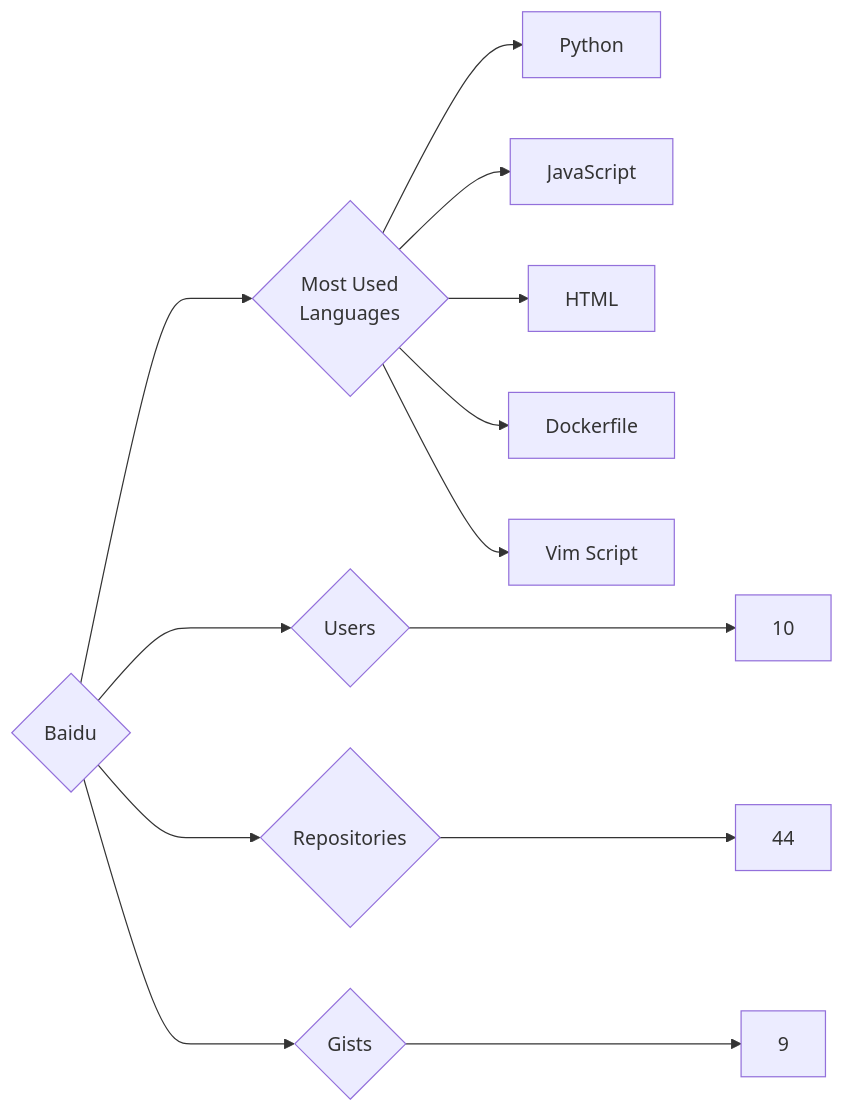
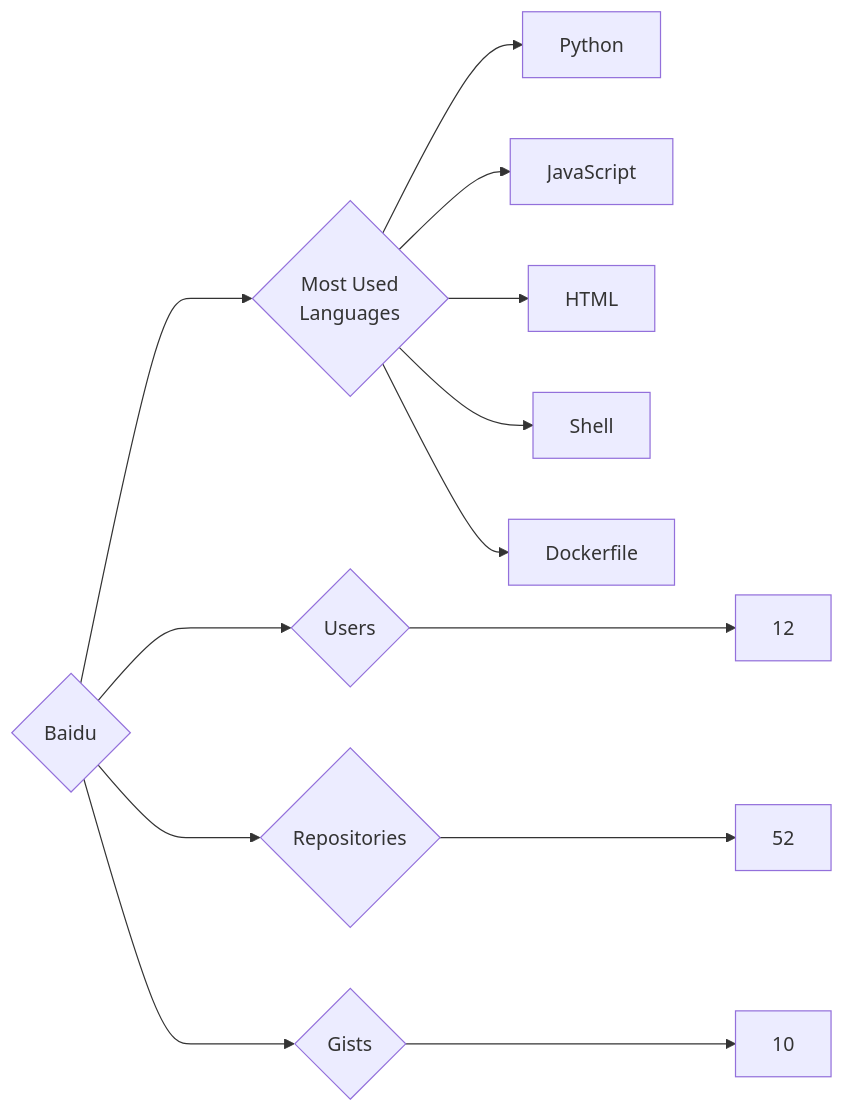
The diagram in targets/Baidu/README.md (trickest/insiders), drawn with Mermaid before and after one commit. The commit also changed 997 other files, not shown here.

````diff
--- a/targets/Baidu/README.md
+++ b/targets/Baidu/README.md
@@ -3,13 +3,13 @@
 ```mermaid
 graph LR
 COMPANY_NAME{Baidu}
-COMPANY_NAME ---> U{Users} ---> UN[10]
-COMPANY_NAME ---> R{Repositories} ---> RN[44]
-COMPANY_NAME ---> G{Gists} ---> GN[9]
+COMPANY_NAME ---> U{Users} ---> UN[12]
+COMPANY_NAME ---> R{Repositories} ---> RN[52]
+COMPANY_NAME ---> G{Gists} ---> GN[10]
 COMPANY_NAME ---> ML{Most Used<br>Languages}
 ML --> Python[Python]
 ML --> JavaScript[JavaScript]
 ML --> HTML[HTML]
+ML --> Shell[Shell]
 ML --> Dockerfile[Dockerfile]
-ML --> Vim_Script[Vim Script]
 ```
````
